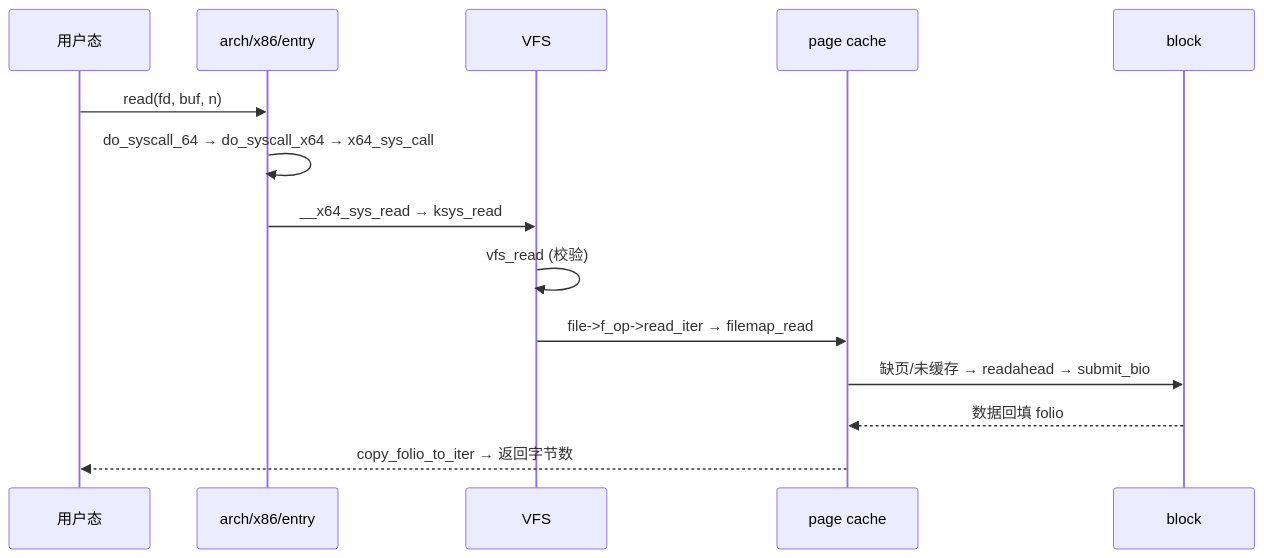
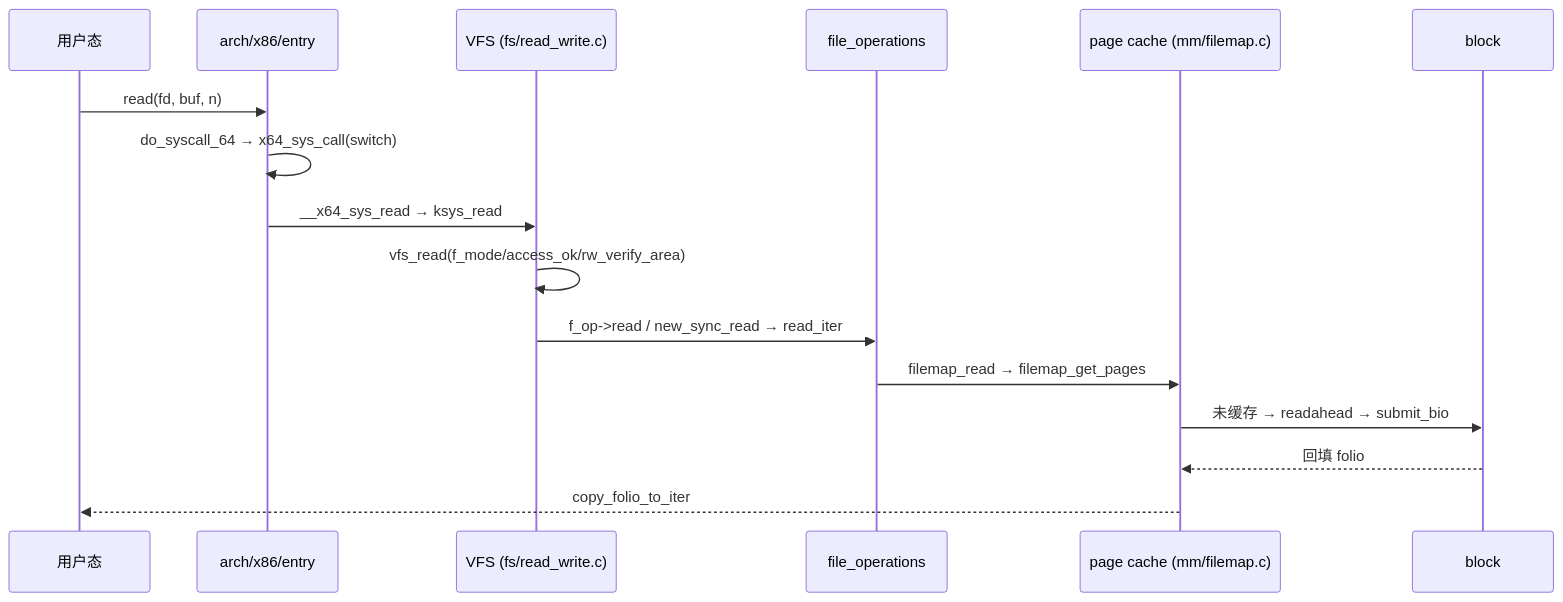
The third of 3 diagrams in reports/linux-kernel-7.2.3-architecture.md (quqiufeng/my_db), drawn with Mermaid before and after one commit. The commit also changed other lines of this file and 1 other file, not shown here.

````diff
--- a/reports/linux-kernel-7.2.3-architecture.md
+++ b/reports/linux-kernel-7.2.3-architecture.md
@@ -120,16 +84,18 @@
 ```mermaid
 sequenceDiagram
     participant U as 用户态
     participant E as arch/x86/entry
-    participant V as VFS
-    participant PC as page cache
+    participant V as VFS (fs/read_write.c)
+    participant F as file_operations
+    participant PC as page cache (mm/filemap.c)
     participant B as block
     U->>E: read(fd, buf, n)
-    E->>E: do_syscall_64 → do_syscall_x64 → x64_sys_call
+    E->>E: do_syscall_64 → x64_sys_call(switch)
     E->>V: __x64_sys_read → ksys_read
-    V->>V: vfs_read (校验) 
-    V->>PC: file->f_op->read_iter → filemap_read
-    PC->>B: 缺页/未缓存 → readahead → submit_bio
-    B-->>PC: 数据回填 folio
-    PC-->>U: copy_folio_to_iter → 返回字节数
+    V->>V: vfs_read(f_mode/access_ok/rw_verify_area)
+    V->>F: f_op->read / new_sync_read → read_iter
+    F->>PC: filemap_read → filemap_get_pages
+    PC->>B: 未缓存 → readahead → submit_bio
+    B-->>PC: 回填 folio
+    PC-->>U: copy_folio_to_iter
 ```
````
